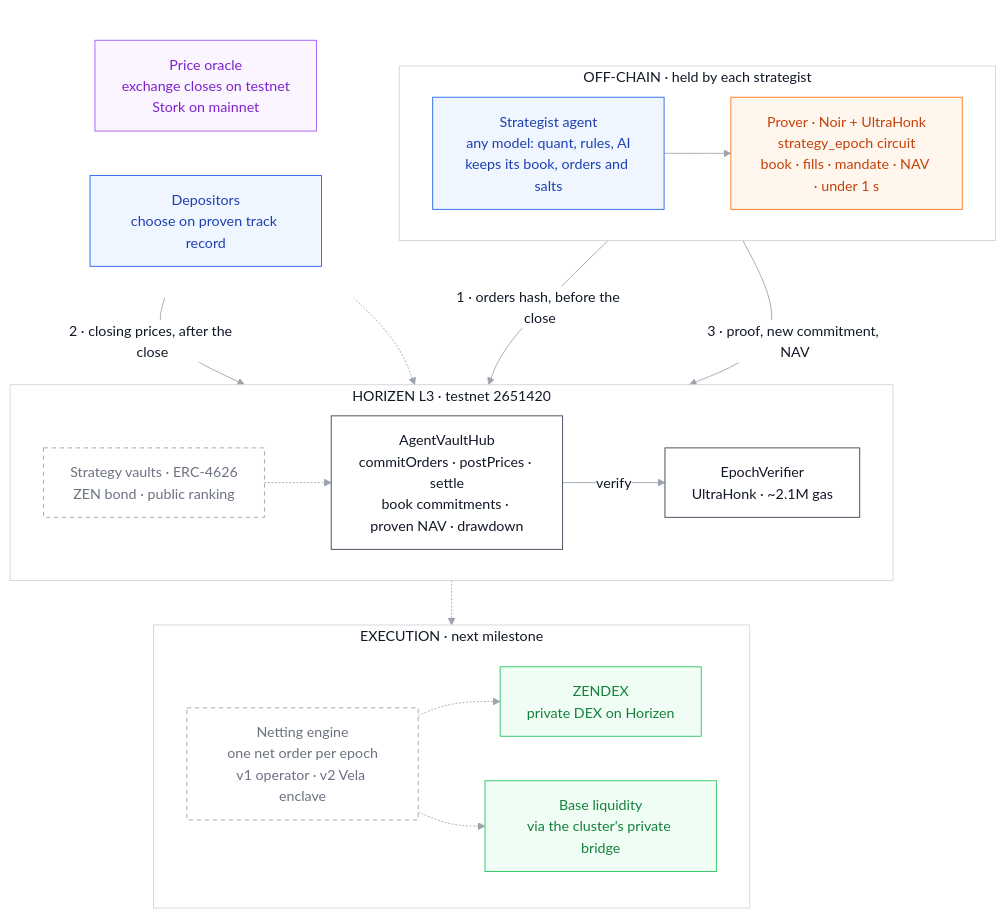
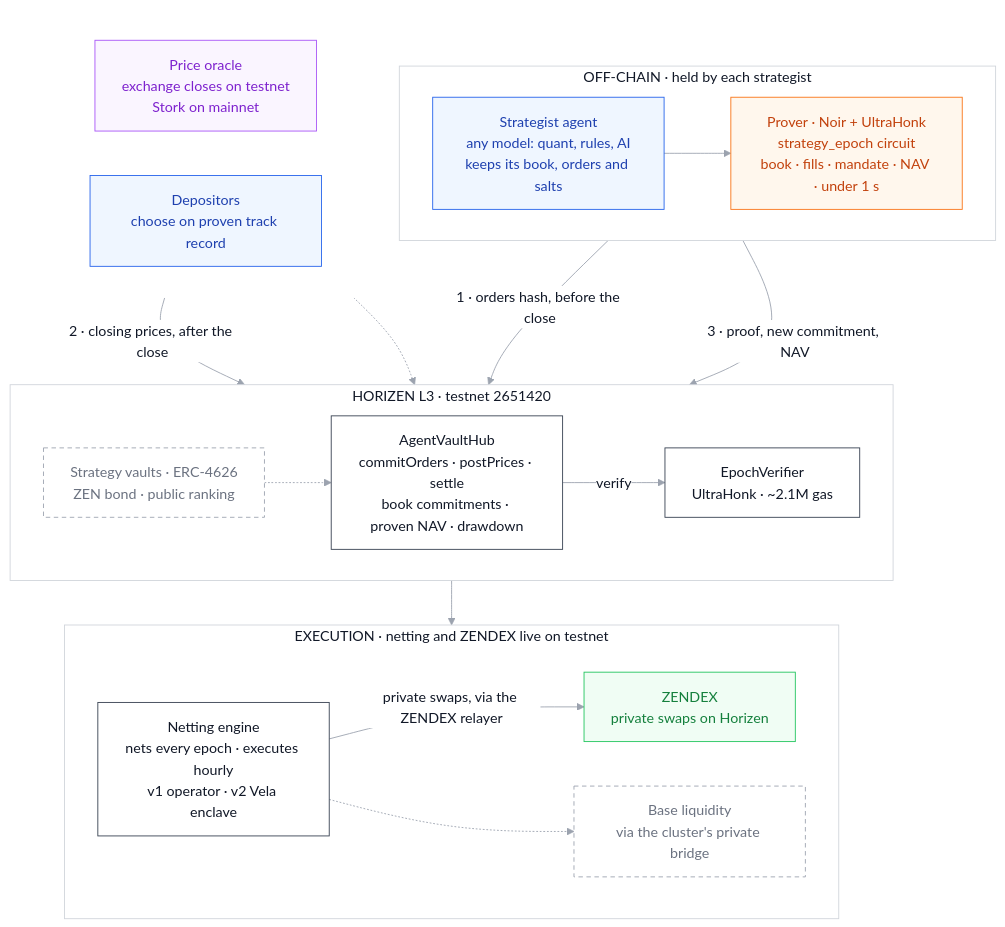
The diagram in README.md (agamafinance/agama-horizen-agentic-vaults), drawn with Mermaid before and after one commit. The commit also changed other lines of this file and 3 other files, not shown here.

Commit message:
Document netting and private execution on ZENDEX, now live on testnet

````diff
--- a/README.md
+++ b/README.md
@@ -33,55 +34,56 @@
 ```mermaid
 %%{init: {'theme':'base','themeVariables':{'background':'#ffffff','primaryColor':'#ffffff','primaryTextColor':'#111827','primaryBorderColor':'#374151','lineColor':'#9ca3af','edgeLabelBackground':'#ffffff','tertiaryColor':'#ffffff','clusterBkg':'#ffffff','clusterBorder':'#d1d5db','titleColor':'#111827','fontSize':'16px'}}}%%
 flowchart TB
     subgraph offchain["OFF-CHAIN · held by each strategist"]
         direction LR
         STRAT["Strategist agent<br/>any model: quant, rules, AI<br/>keeps its book, orders and salts"]
         PROVER["Prover · Noir + UltraHonk<br/>strategy_epoch circuit<br/>book · fills · mandate · NAV · under 1 s"]
     end
 
     subgraph inputs[" "]
         direction LR
         FEED["Price oracle<br/>exchange closes on testnet<br/>Stork on mainnet"]
         DEP["Depositors<br/>choose on proven track record"]
     end
 
     subgraph horizen["HORIZEN L3 · testnet 2651420"]
         direction LR
         HUB["AgentVaultHub<br/>commitOrders · postPrices · settle<br/>book commitments · proven NAV · drawdown"]
         VER["EpochVerifier<br/>UltraHonk · ~2.1M gas"]
         VAULTS["Strategy vaults · ERC-4626<br/>ZEN bond · public ranking"]
     end
 
-    subgraph market["EXECUTION · next milestone"]
+    subgraph market["EXECUTION · netting and ZENDEX live on testnet"]
         direction LR
-        NET["Netting engine<br/>one net order per epoch<br/>v1 operator · v2 Vela enclave"]
-        ZENDEX["ZENDEX<br/>private DEX on Horizen"]
+        NET["Netting engine<br/>nets every epoch · executes hourly<br/>v1 operator · v2 Vela enclave"]
+        ZENDEX["ZENDEX<br/>private swaps on Horizen"]
         BASE["Base liquidity<br/>via the cluster's private bridge"]
     end
 
     STRAT -->|"1 · orders hash, before the close"| HUB
     STRAT --> PROVER
     FEED -->|"2 · closing prices, after the close"| HUB
     PROVER -->|"3 · proof, new commitment, NAV"| HUB
     HUB -->|"verify"| VER
     DEP -.-> VAULTS
     VAULTS -.-> HUB
-    HUB -.-> NET
-    NET -.-> ZENDEX
+    HUB --> NET
+    NET -->|"private swaps, via the ZENDEX relayer"| ZENDEX
     NET -.-> BASE
 
     classDef actor fill:#eff6ff,stroke:#2563eb,color:#1e40af
     classDef core fill:#ffffff,stroke:#374151,color:#111827
     classDef offchain fill:#fff7ed,stroke:#f97316,color:#c2410c
     classDef feed fill:#faf5ff,stroke:#a855f7,color:#7e22ce
     classDef integration fill:#f0fdf4,stroke:#22c55e,color:#15803d
     classDef next fill:#ffffff,stroke:#9ca3af,color:#6b7280,stroke-dasharray:5 4
 
     class STRAT,DEP actor
     class HUB,VER core
     class PROVER offchain
     class FEED feed
-    class ZENDEX,BASE integration
-    class NET,VAULTS next
+    class ZENDEX integration
+    class NET core
+    class VAULTS,BASE next
     style inputs fill:#ffffff,stroke:#ffffff
 ```
````
